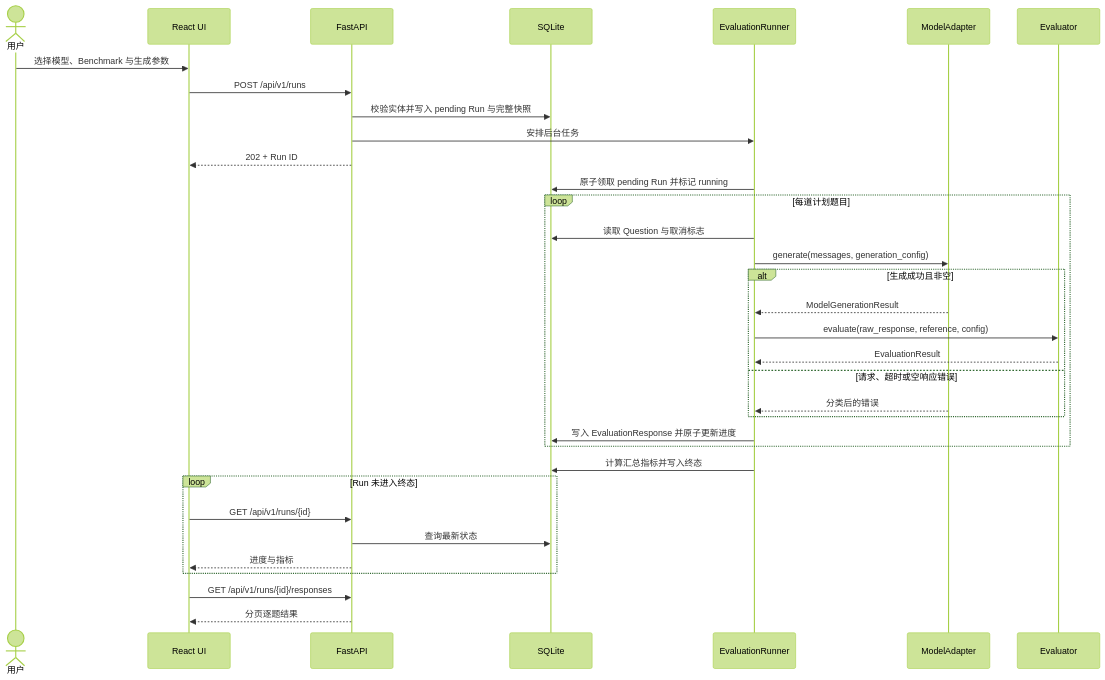
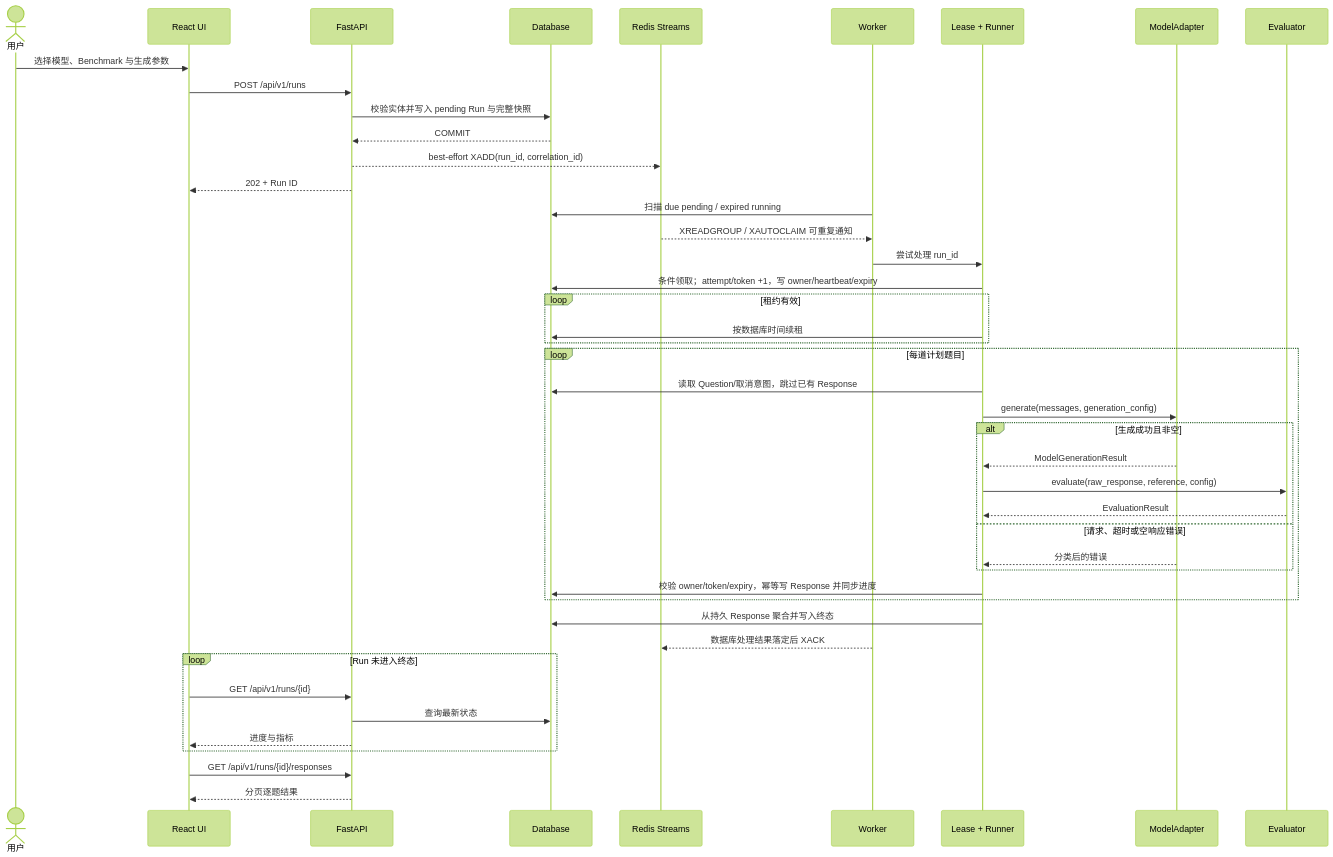
The third of 7 diagrams in docs/ARCHITECTURE.md (CWNU-Open-Source-Community/LLMBenchLab), drawn with Mermaid (forest theme) before and after one commit. The commit also changed other lines of this file and 13 other files, not shown here.

````diff
--- a/docs/ARCHITECTURE.md
+++ b/docs/ARCHITECTURE.md
@@ -104,37 +127,47 @@
 ```mermaid
 sequenceDiagram
     actor U as 用户
     participant W as React UI
     participant A as FastAPI
-    participant D as SQLite
-    participant R as EvaluationRunner
+    participant D as Database
+    participant Q as Redis Streams
+    participant K as Worker
+    participant R as Lease + Runner
     participant M as ModelAdapter
     participant E as Evaluator
 
     U->>W: 选择模型、Benchmark 与生成参数
     W->>A: POST /api/v1/runs
     A->>D: 校验实体并写入 pending Run 与完整快照
-    A->>R: 安排后台任务
+    D-->>A: COMMIT
+    A-->>Q: best-effort XADD(run_id, correlation_id)
     A-->>W: 202 + Run ID
-    R->>D: 原子领取 pending Run 并标记 running
+    K->>D: 扫描 due pending / expired running
+    Q-->>K: XREADGROUP / XAUTOCLAIM 可重复通知
+    K->>R: 尝试处理 run_id
+    R->>D: 条件领取；attempt/token +1，写 owner/heartbeat/expiry
+    loop 租约有效
+        R->>D: 按数据库时间续租
+    end
     loop 每道计划题目
-        R->>D: 读取 Question 与取消标志
+        R->>D: 读取 Question/取消意图，跳过已有 Response
         R->>M: generate(messages, generation_config)
         alt 生成成功且非空
             M-->>R: ModelGenerationResult
             R->>E: evaluate(raw_response, reference, config)
             E-->>R: EvaluationResult
         else 请求、超时或空响应错误
             M-->>R: 分类后的错误
         end
-        R->>D: 写入 EvaluationResponse 并原子更新进度
+        R->>D: 校验 owner/token/expiry，幂等写 Response 并同步进度
     end
-    R->>D: 计算汇总指标并写入终态
+    R->>D: 从持久 Response 聚合并写入终态
+    K-->>Q: 数据库处理结果落定后 XACK
     loop Run 未进入终态
         W->>A: GET /api/v1/runs/{id}
         A->>D: 查询最新状态
         A-->>W: 进度与指标
     end
     W->>A: GET /api/v1/runs/{id}/responses
     A-->>W: 分页逐题结果
 ```
````
